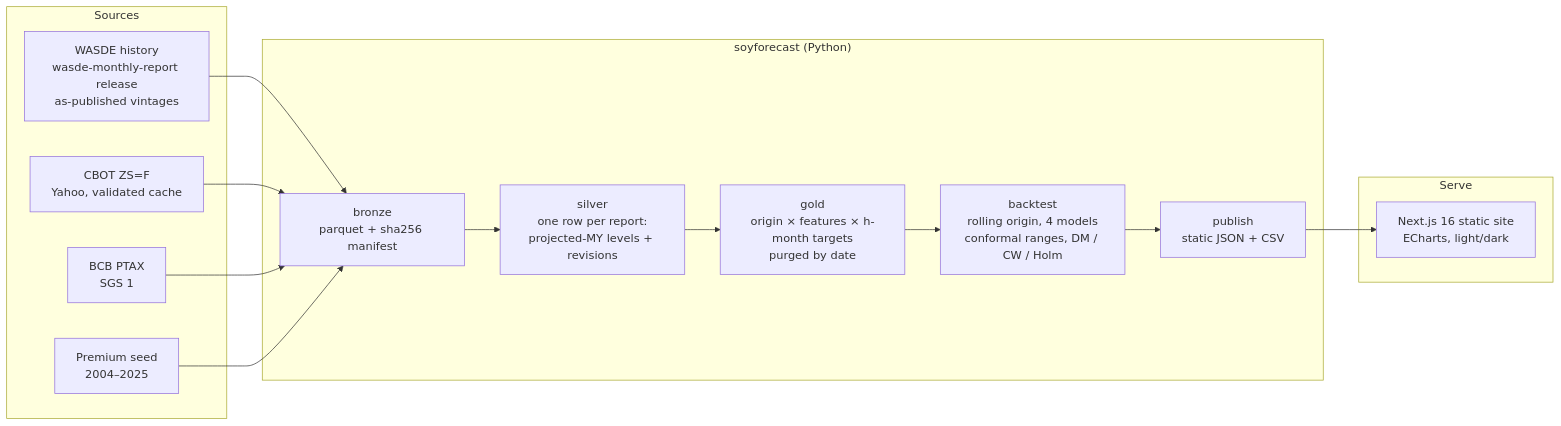
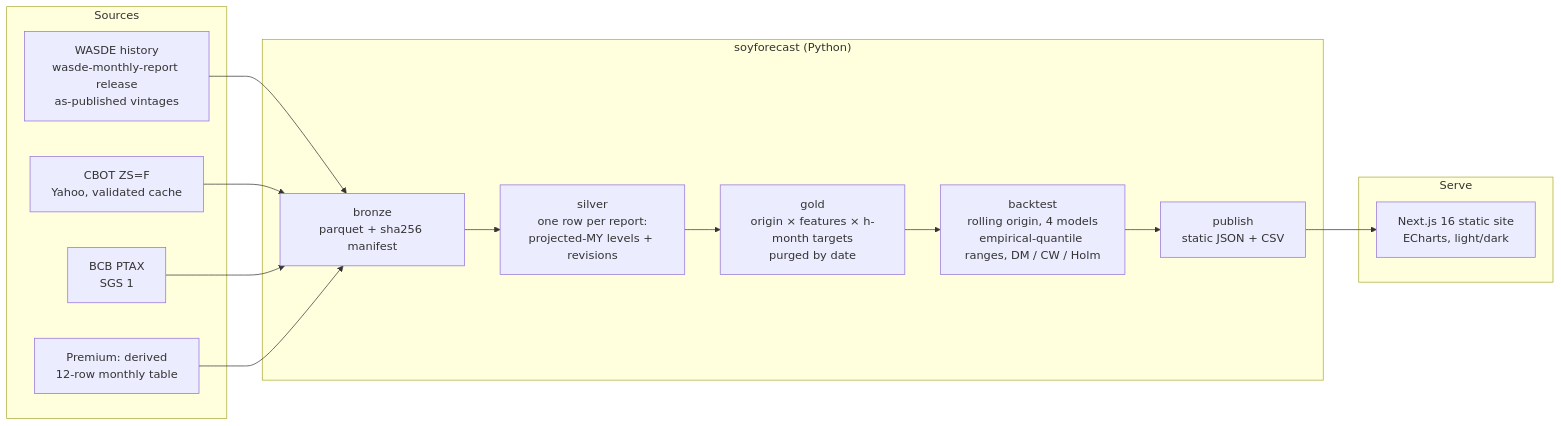
One commit to rossi-diego/soy-outlook changed the diagram in README.md. Above: the diagram before and after it, drawn with Mermaid. The commit also changed other lines of this file and 26 other files, not shown here.

````diff
--- a/README.md
+++ b/README.md
@@ -73,24 +75,24 @@
 ```mermaid
 flowchart LR
     subgraph Sources
         A[WASDE history<br/>wasde-monthly-report release<br/>as-published vintages]
         B[CBOT ZS=F<br/>Yahoo, validated cache]
         C[BCB PTAX<br/>SGS 1]
-        D[Premium seed<br/>2004–2025]
+        D[Premium: derived<br/>12-row monthly table]
     end
     subgraph Pipeline["soyforecast (Python)"]
         E[bronze<br/>parquet + sha256 manifest]
         F[silver<br/>one row per report:<br/>projected-MY levels + revisions]
         G[gold<br/>origin × features × h-month targets<br/>purged by date]
-        H[backtest<br/>rolling origin, 4 models<br/>conformal ranges, DM / CW / Holm]
+        H[backtest<br/>rolling origin, 4 models<br/>empirical-quantile ranges, DM / CW / Holm]
         I[publish<br/>static JSON + CSV]
     end
     subgraph Serve
         J[Next.js 16 static site<br/>ECharts, light/dark]
     end
     A --> E
     B --> E
     C --> E
     D --> E
     E --> F --> G --> H --> I --> J
 ```
````
